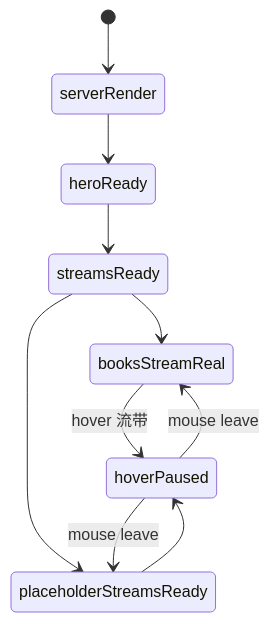
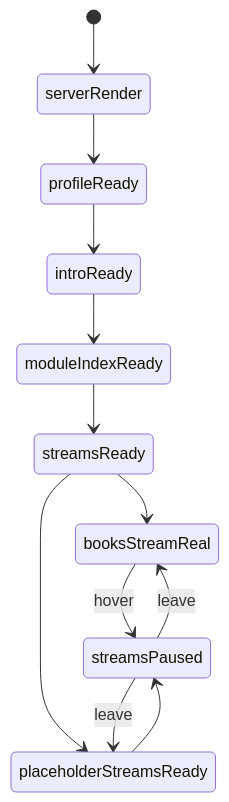
Before and after one commit to Albertlearnpython/RememberMyself: the diagram in docs/implementation/modules/home-module-spec.zh-CN.md, drawn with Mermaid. The commit also changed other lines of this file and 9 other files, not shown here.

````diff
--- a/docs/implementation/modules/home-module-spec.zh-CN.md
+++ b/docs/implementation/modules/home-module-spec.zh-CN.md
@@ -133,12 +125,14 @@
 ```mermaid
 stateDiagram-v2
     [*] --> serverRender
-    serverRender --> heroReady
-    heroReady --> streamsReady
+    serverRender --> profileReady
+    profileReady --> introReady
+    introReady --> moduleIndexReady
+    moduleIndexReady --> streamsReady
     streamsReady --> booksStreamReal
     streamsReady --> placeholderStreamsReady
-    booksStreamReal --> hoverPaused: hover 流带
-    placeholderStreamsReady --> hoverPaused
-    hoverPaused --> booksStreamReal: mouse leave
-    hoverPaused --> placeholderStreamsReady: mouse leave
+    booksStreamReal --> streamsPaused: hover
+    placeholderStreamsReady --> streamsPaused
+    streamsPaused --> booksStreamReal: leave
+    streamsPaused --> placeholderStreamsReady: leave
 ```
````
